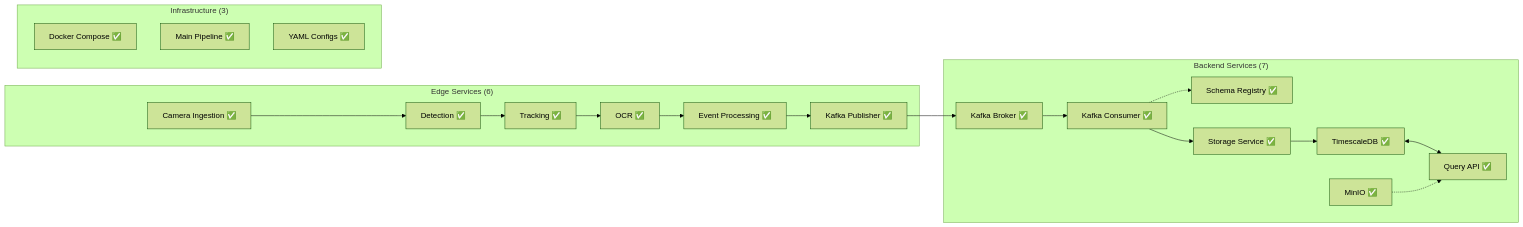
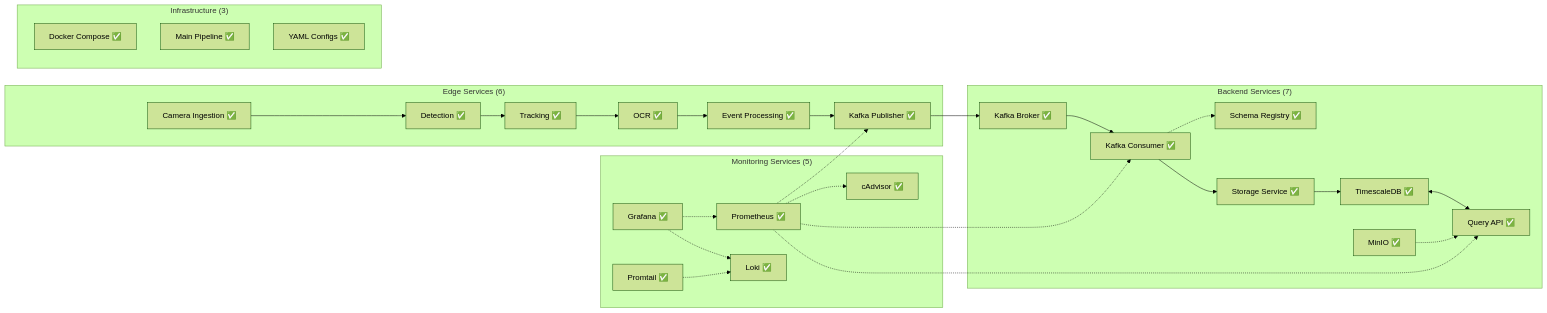
The third of 9 diagrams in docs/ALPR_Pipeline/Project_Architecture_Chart.md (Azhundev/oversight-alpr-app), drawn with Mermaid (forest theme) before and after one commit. The commit also changed other lines of this file and 48 other files, not shown here.

First line of the commit message:
docs: Update ALPR Pipeline documentation with monitoring stack and edge/core architecture

````diff
--- a/docs/ALPR_Pipeline/Project_Architecture_Chart.md
+++ b/docs/ALPR_Pipeline/Project_Architecture_Chart.md
@@ -125,33 +144,48 @@
 ```mermaid
 graph LR
     subgraph "Edge Services (6)"
         E1["Camera Ingestion ✅"]
         E2["Detection ✅"]
         E3["Tracking ✅"]
         E4["OCR ✅"]
         E5["Event Processing ✅"]
         E6["Kafka Publisher ✅"]
     end
 
     subgraph "Backend Services (7)"
         B1["Kafka Broker ✅"]
         B2["Schema Registry ✅"]
         B3["Kafka Consumer ✅"]
         B4["Storage Service ✅"]
         B5["TimescaleDB ✅"]
         B6["Query API ✅"]
         B7["MinIO ✅"]
     end
 
+    subgraph "Monitoring Services (5)"
+        M1["Prometheus ✅"]
+        M2["Grafana ✅"]
+        M3["Loki ✅"]
+        M4["Promtail ✅"]
+        M5["cAdvisor ✅"]
+    end
+
     subgraph "Infrastructure (3)"
         I1["Docker Compose ✅"]
         I2["Main Pipeline ✅"]
         I3["YAML Configs ✅"]
     end
 
     E1 --> E2 --> E3 --> E4 --> E5 --> E6
     E6 --> B1 --> B3 --> B4 --> B5
     B3 -.-> B2
     B5 <--> B6
     B7 -.-> B6
+    M1 -.-> E6
+    M1 -.-> B3
+    M1 -.-> B6
+    M1 -.-> M5
+    M2 -.-> M1
+    M2 -.-> M3
+    M4 -.-> M3
 ```
````
